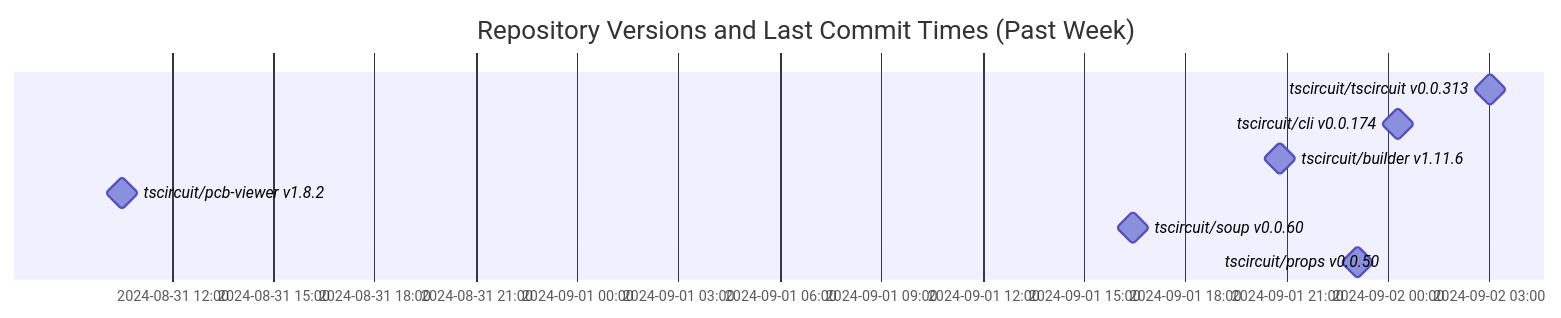
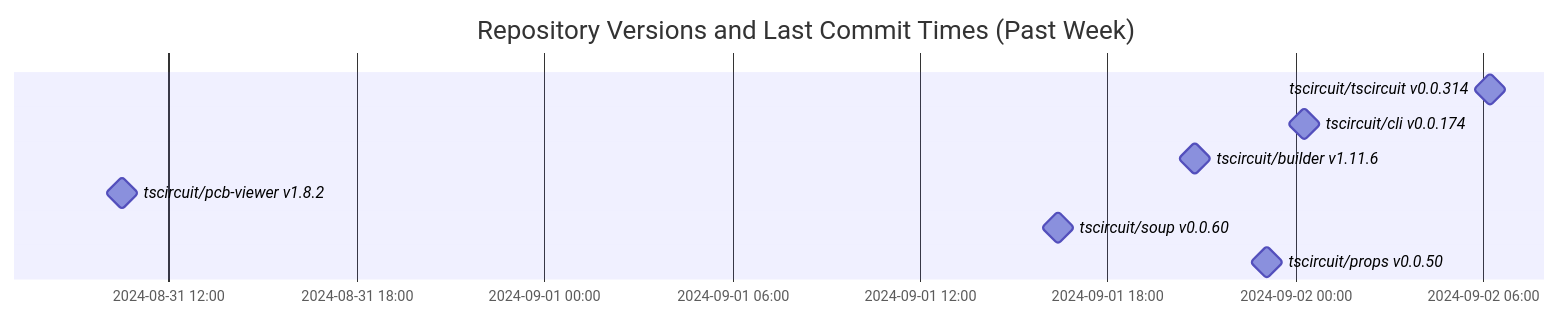
Before and after one commit to tscircuit/version-tracker: the diagram in README.md, drawn with Mermaid.

Commit message:
Update chart

````diff
--- a/README.md
+++ b/README.md
@@ -1,13 +1,13 @@
 ```mermaid
 gantt
   dateFormat  YYYY-MM-DD HH:mm:ss
   title Repository Versions and Last Commit Times (Past Week)
   axisFormat %Y-%m-%d %H:%M
 
-  tscircuit/tscircuit v0.0.313 : milestone, 2024-09-02 03:02:02, 1s
+  tscircuit/tscircuit v0.0.314 : milestone, 2024-09-02 06:13:14, 1s
   tscircuit/cli v0.0.174 : milestone, 2024-09-02 00:17:46, 1s
   tscircuit/builder v1.11.6 : milestone, 2024-09-01 20:47:46, 1s
   tscircuit/pcb-viewer v1.8.2 : milestone, 2024-08-31 10:30:56, 1s
   tscircuit/soup v0.0.60 : milestone, 2024-09-01 16:26:30, 1s
   tscircuit/props v0.0.50 : milestone, 2024-09-01 23:06:28, 1s
 ```
````
